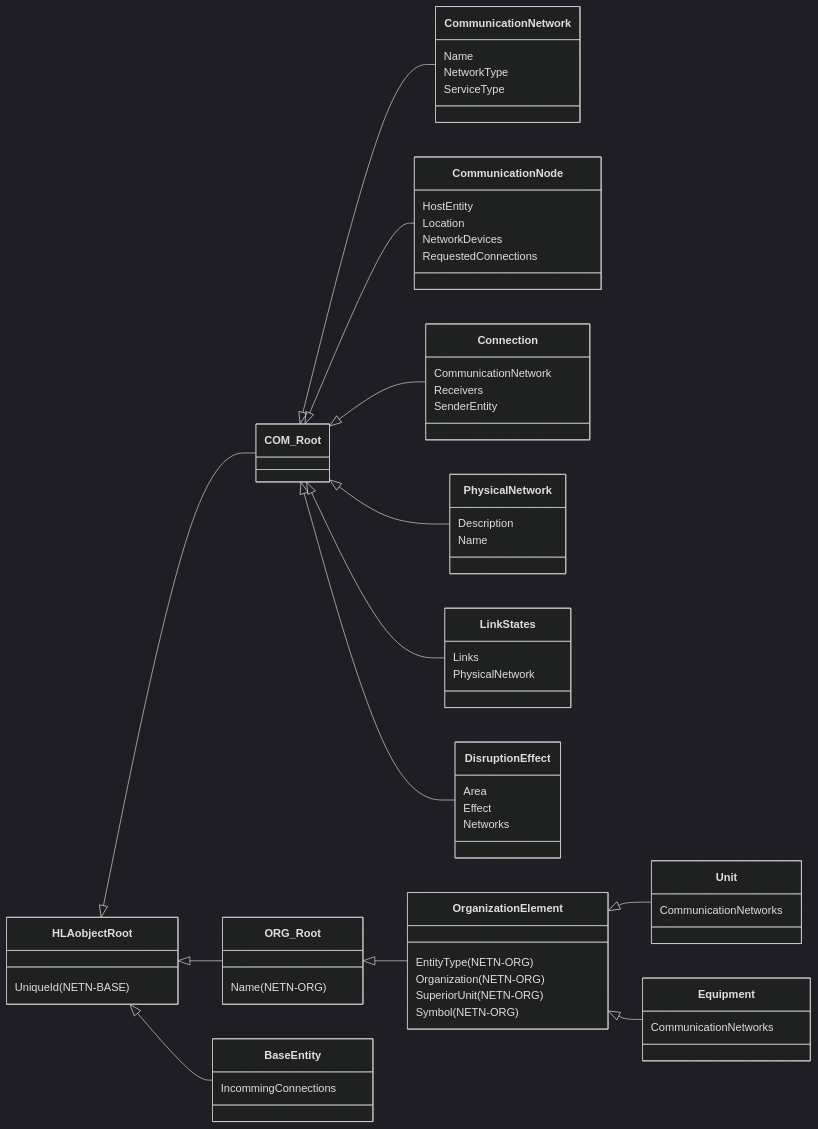
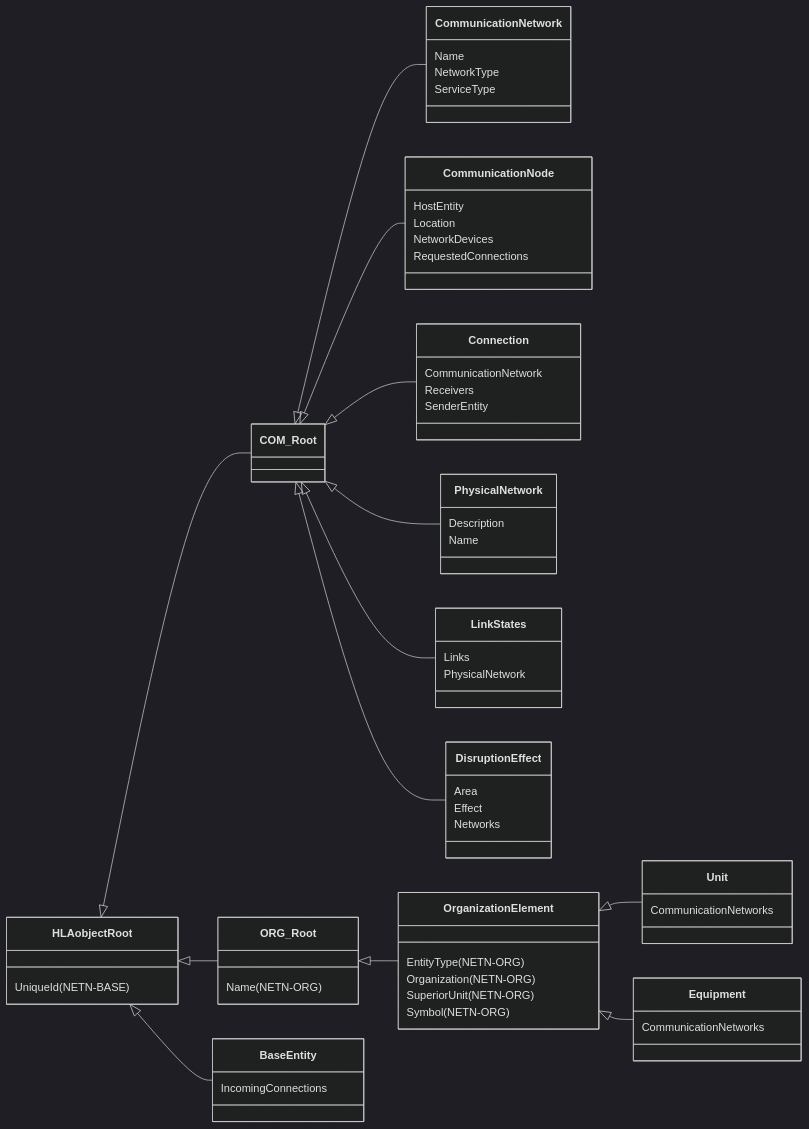
The sixth of 7 diagrams in modules/NETN-COM/NETN-COM.md (AMSP-04/NETN-FOM), drawn with Mermaid (dark theme) before and after one commit. The commit also changed other lines of this file and 3 other files, not shown here.

````diff
--- a/modules/NETN-COM/NETN-COM.md
+++ b/modules/NETN-COM/NETN-COM.md
@@ -218,43 +218,43 @@
 ```mermaid
 classDiagram 
 direction LR
 
 HLAobjectRoot <|-- COM_Root
 HLAobjectRoot <|-- ORG_Root
 HLAobjectRoot <|-- BaseEntity
 HLAobjectRoot : UniqueId(NETN-BASE)
 COM_Root <|-- CommunicationNetwork
 COM_Root <|-- CommunicationNode
 COM_Root <|-- Connection
 COM_Root <|-- PhysicalNetwork
 COM_Root <|-- LinkStates
 COM_Root <|-- DisruptionEffect
 CommunicationNetwork : Name
 CommunicationNetwork : NetworkType
 CommunicationNetwork : ServiceType
 CommunicationNode : HostEntity
 CommunicationNode : Location
 CommunicationNode : NetworkDevices
 CommunicationNode : RequestedConnections
 Connection : CommunicationNetwork
 Connection : Receivers
 Connection : SenderEntity
 PhysicalNetwork : Description
 PhysicalNetwork : Name
 LinkStates : Links
 LinkStates : PhysicalNetwork
 DisruptionEffect : Area
 DisruptionEffect : Effect
 DisruptionEffect : Networks
 ORG_Root <|-- OrganizationElement
 ORG_Root : Name(NETN-ORG)
 OrganizationElement <|-- Unit
 OrganizationElement <|-- Equipment
 OrganizationElement : EntityType(NETN-ORG)
 OrganizationElement : Organization(NETN-ORG)
 OrganizationElement : SuperiorUnit(NETN-ORG)
 OrganizationElement : Symbol(NETN-ORG)
 Unit : CommunicationNetworks
 Equipment : CommunicationNetworks
-BaseEntity : IncommingConnections
+BaseEntity : IncomingConnections
 ```
````
